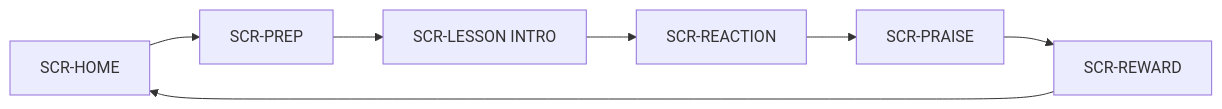
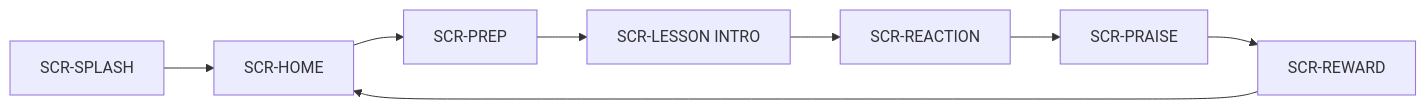
The seventh of 7 diagrams in docs/plan/api-and-database-modeling-plan.md (prography/11th-3team-BE), drawn with Mermaid before and after one commit. The commit also changed other lines of this file, not shown here.

````diff
--- a/docs/plan/api-and-database-modeling-plan.md
+++ b/docs/plan/api-and-database-modeling-plan.md
@@ -1443,9 +1718,10 @@
 ```mermaid
 flowchart LR
-  HOME[SCR-HOME] --> PREP[SCR-PREP]
+  SPLASH[SCR-SPLASH] --> HOME[SCR-HOME]
+  HOME --> PREP[SCR-PREP]
   PREP --> LESSON[SCR-LESSON INTRO]
   LESSON --> REACTION[SCR-REACTION]
   REACTION --> PRAISE[SCR-PRAISE]
   PRAISE --> REWARD[SCR-REWARD]
   REWARD --> HOME
 ```
````
